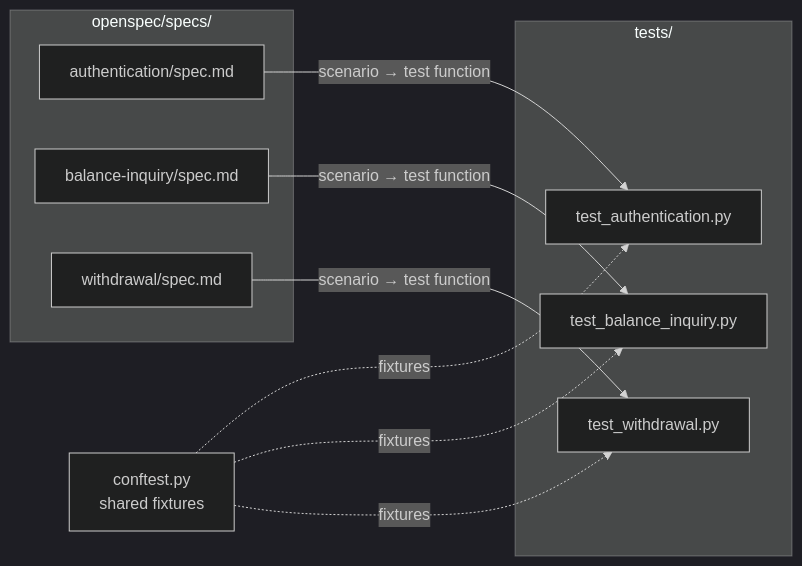
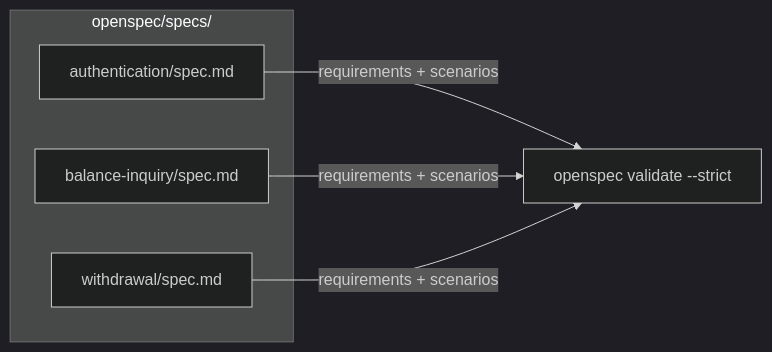
Before and after one commit to clawaimax/openspec-atm: the fifth of 6 diagrams in README.md, drawn with Mermaid (dark theme). The commit also changed other lines of this file and 13 other files, not shown here.

````diff
--- a/README.md
+++ b/README.md
@@ -404,21 +524,14 @@
 ```mermaid
 flowchart LR
     subgraph specs ["openspec/specs/"]
         s1[authentication/spec.md]
         s2[balance-inquiry/spec.md]
         s3[withdrawal/spec.md]
     end
-    subgraph tests ["tests/"]
-        t1[test_authentication.py]
-        t2[test_balance_inquiry.py]
-        t3[test_withdrawal.py]
-    end
-    cf[conftest.py\nshared fixtures]
 
-    s1 -->|"scenario → test function"| t1
-    s2 -->|"scenario → test function"| t2
-    s3 -->|"scenario → test function"| t3
-    cf -.->|fixtures| t1
-    cf -.->|fixtures| t2
-    cf -.->|fixtures| t3
+    V["openspec validate --strict"]
+
+    s1 -->|"requirements + scenarios"| V
+    s2 -->|"requirements + scenarios"| V
+    s3 -->|"requirements + scenarios"| V
 ```
````
